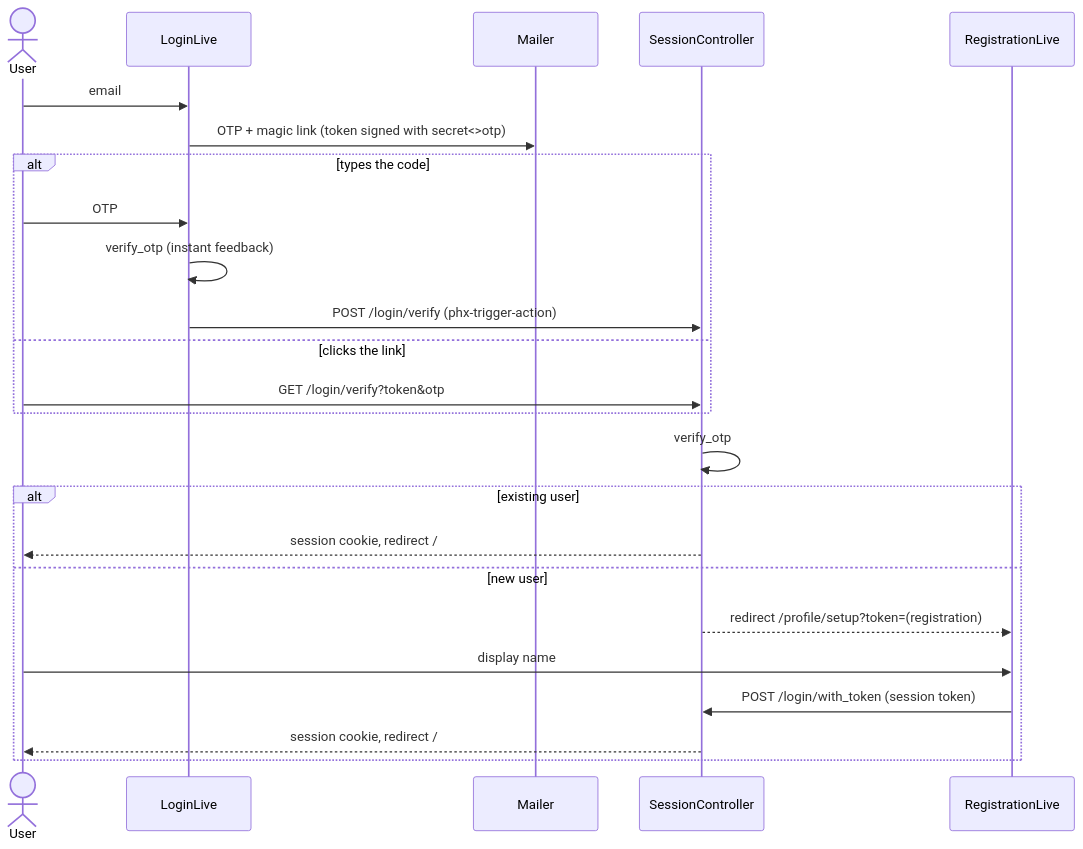
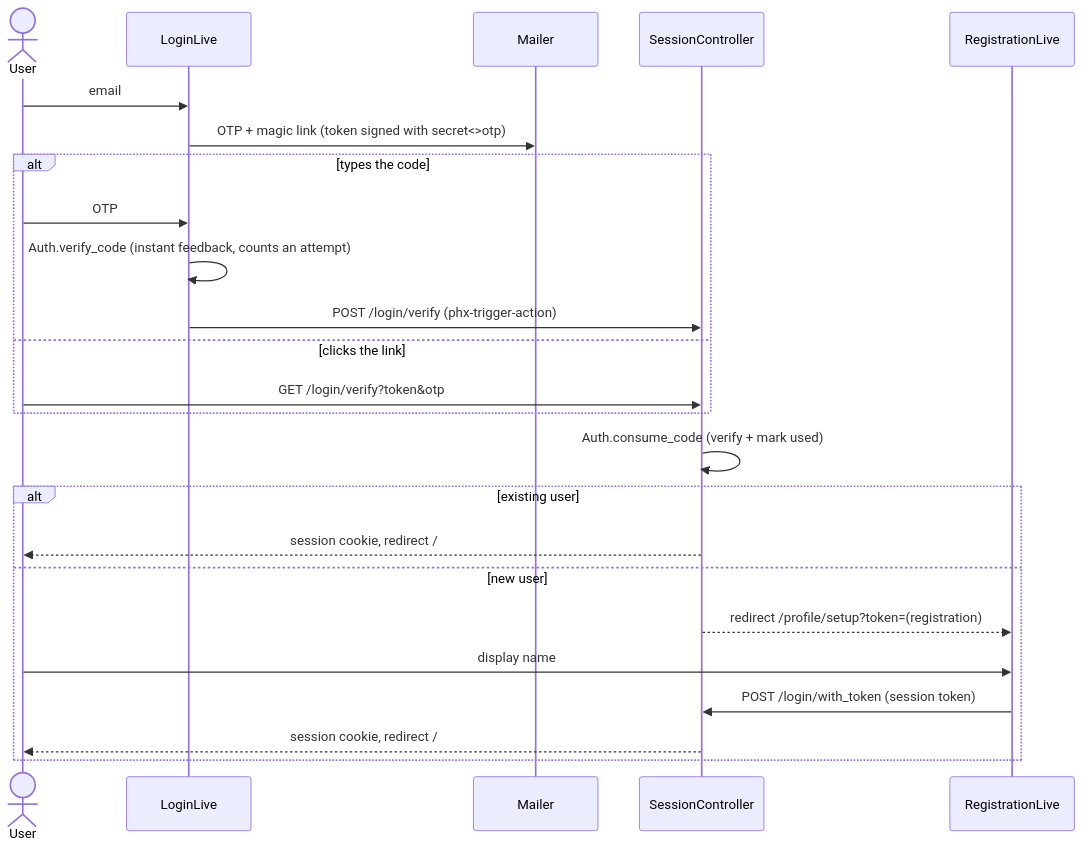
Before and after one commit to a-ovi/employin: the first of 2 diagrams in docs/ARCHITECTURE.md, drawn with Mermaid. The commit also changed other lines of this file and 5 other files, not shown here.

````diff
--- a/docs/ARCHITECTURE.md
+++ b/docs/ARCHITECTURE.md
@@ -51,27 +68,27 @@
 ```mermaid
 sequenceDiagram
     actor U as User
     participant L as LoginLive
     participant M as Mailer
     participant S as SessionController
     participant R as RegistrationLive
 
     U->>L: email
     L->>M: OTP + magic link (token signed with secret<>otp)
     alt types the code
         U->>L: OTP
-        L->>L: verify_otp (instant feedback)
+        L->>L: Auth.verify_code (instant feedback, counts an attempt)
         L->>S: POST /login/verify (phx-trigger-action)
     else clicks the link
         U->>S: GET /login/verify?token&otp
     end
-    S->>S: verify_otp
+    S->>S: Auth.consume_code (verify + mark used)
     alt existing user
         S-->>U: session cookie, redirect /
     else new user
         S-->>R: redirect /profile/setup?token=(registration)
         U->>R: display name
         R->>S: POST /login/with_token (session token)
         S-->>U: session cookie, redirect /
     end
 ```
````
